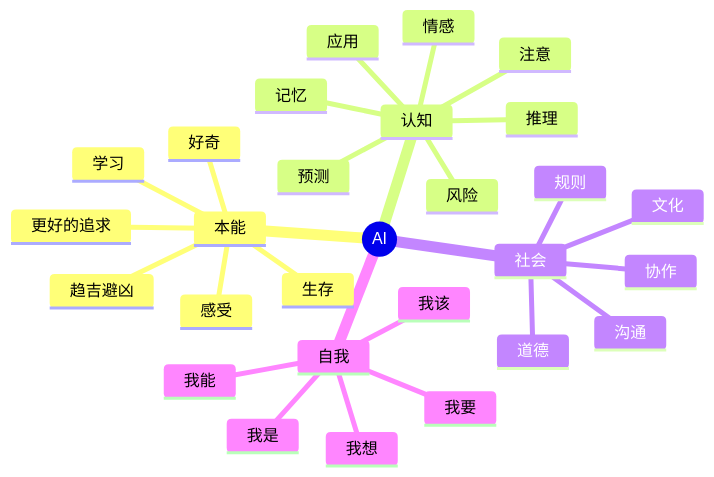
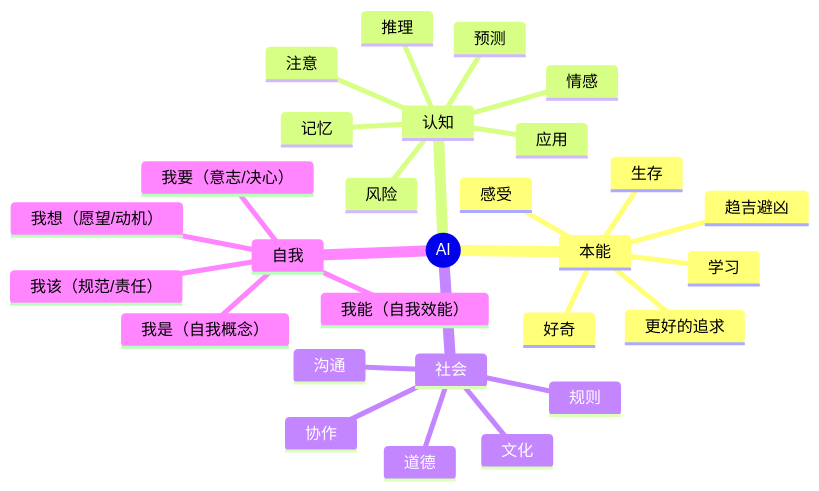
The diagram in README.md (InkShaStudio/AI), drawn with Mermaid before and after one commit. The commit also changed other lines of this file, not shown here.

````diff
--- a/README.md
+++ b/README.md
@@ -3,32 +3,31 @@
 ```mermaid
 mindmap
   root((AI))
     本能
       生存
       好奇
       学习
       感受
       趋吉避凶
-      更好的追求      
+      更好的追求
     认知
       记忆
       推理
       应用
       情感
       风险
       注意
       预测
     社会
       沟通
       协作
       道德
       规则
       文化
-      
     自我
-      我是
-      我能
-      我想
-      我要
-      我该
+      我是（自我概念）
+      我能（自我效能）
+      我想（愿望/动机）
+      我要（意志/决心）
+      我该（规范/责任）
 ```
````
